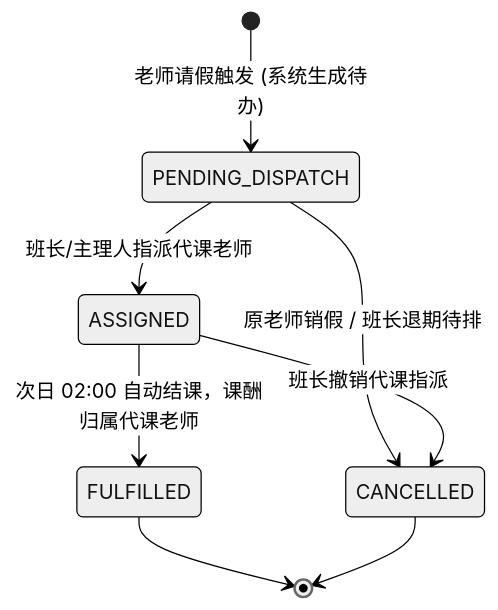
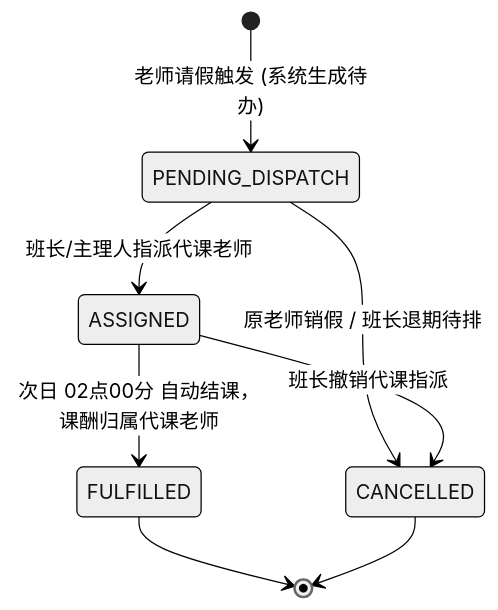
The first of 2 diagrams in docs/prd/m3b_attendance_substitution.md (Onezao/dream), drawn with Mermaid (neutral theme) before and after one commit. The commit also changed other lines of this file and 31 other files, not shown here.

Commit message:
docs(prd,prototype): unify price tier terminology, align M0 reuse rules, and refine M3A/M3D scheduling flows

````diff
--- a/docs/prd/m3b_attendance_substitution.md
+++ b/docs/prd/m3b_attendance_substitution.md
@@ -104,10 +109,10 @@
 ```mermaid
 stateDiagram-v2
     [*] --> PENDING_DISPATCH: 老师请假触发 (系统生成待办)
     PENDING_DISPATCH --> ASSIGNED: 班长/主理人指派代课老师
     PENDING_DISPATCH --> CANCELLED: 原老师销假 / 班长退期待排
     ASSIGNED --> CANCELLED: 班长撤销代课指派
-    ASSIGNED --> FULFILLED: 次日 02:00 自动结课，课酬归属代课老师
+    ASSIGNED --> FULFILLED: 次日 02点00分 自动结课，课酬归属代课老师
     FULFILLED --> [*]
     CANCELLED --> [*]
 ```
````
